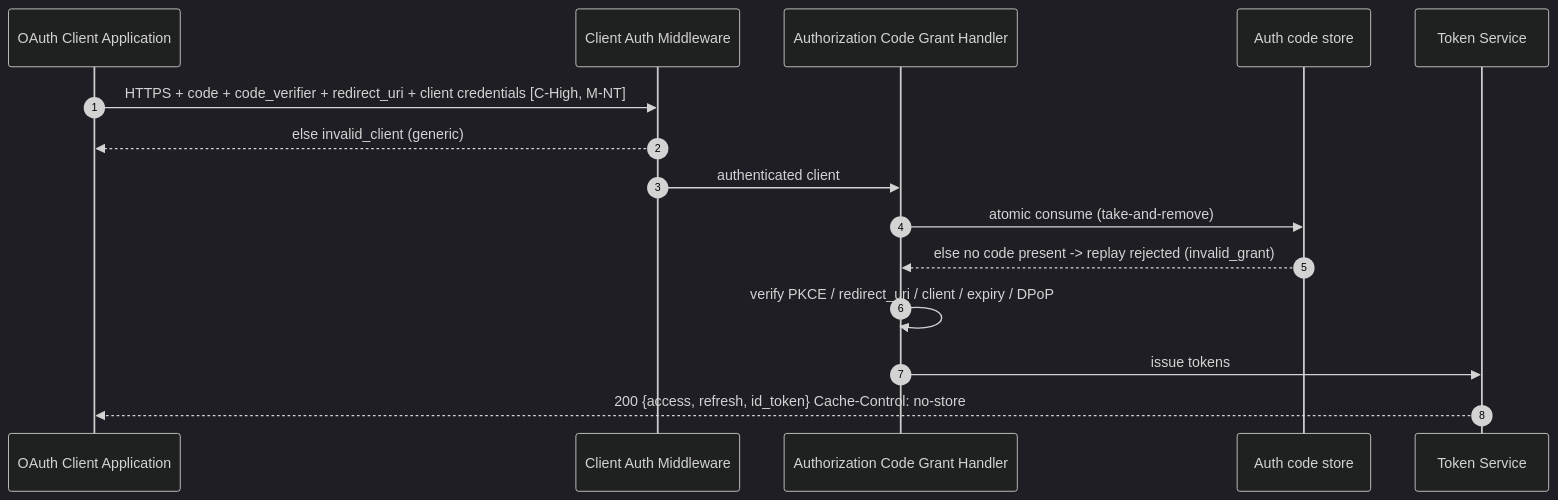
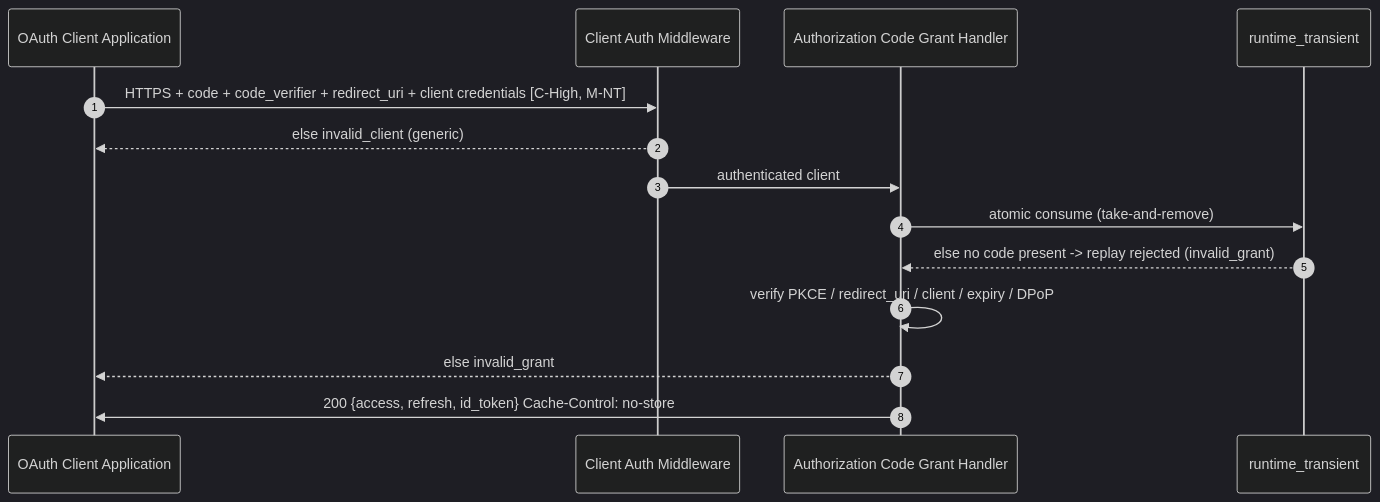
Before and after one commit to thiva-k/thunder: the third of 5 diagrams in docs-internals/oauth/authorization-and-core-grants.md, drawn with Mermaid (dark theme). The commit also changed other lines of this file, not shown here.

First line of the commit message:
Simplify diagrams and align them with the real database layout

````diff
--- a/docs-internals/oauth/authorization-and-core-grants.md
+++ b/docs-internals/oauth/authorization-and-core-grants.md
@@ -250,18 +253,17 @@
 ```mermaid
 sequenceDiagram
   autonumber
   participant APP as OAuth Client Application
   participant CLIAUTH as Client Auth Middleware
   participant ACGH as Authorization Code Grant Handler
-  participant STORE as Auth code store
-  participant TS as Token Service
+  participant TRANSIENTDB as runtime_transient
 
   APP->>CLIAUTH: HTTPS + code + code_verifier + redirect_uri + client credentials [C-High, M-NT]
   CLIAUTH-->>APP: else invalid_client (generic)
   CLIAUTH->>ACGH: authenticated client
-  ACGH->>STORE: atomic consume (take-and-remove)
-  STORE-->>ACGH: else no code present -> replay rejected (invalid_grant)
+  ACGH->>TRANSIENTDB: atomic consume (take-and-remove)
+  TRANSIENTDB-->>ACGH: else no code present -> replay rejected (invalid_grant)
   ACGH->>ACGH: verify PKCE / redirect_uri / client / expiry / DPoP
-  ACGH->>TS: issue tokens
-  TS-->>APP: 200 {access, refresh, id_token} Cache-Control: no-store
+  ACGH-->>APP: else invalid_grant
+  ACGH->>APP: 200 {access, refresh, id_token} Cache-Control: no-store
 ```
````
